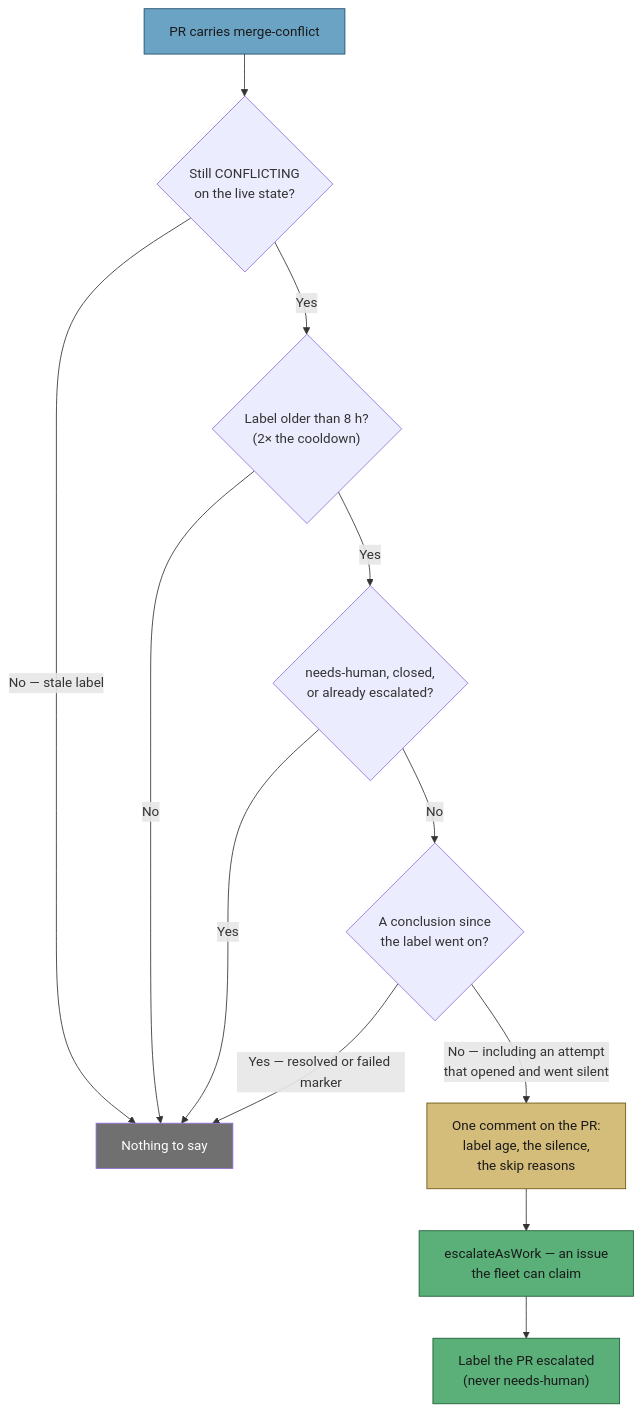
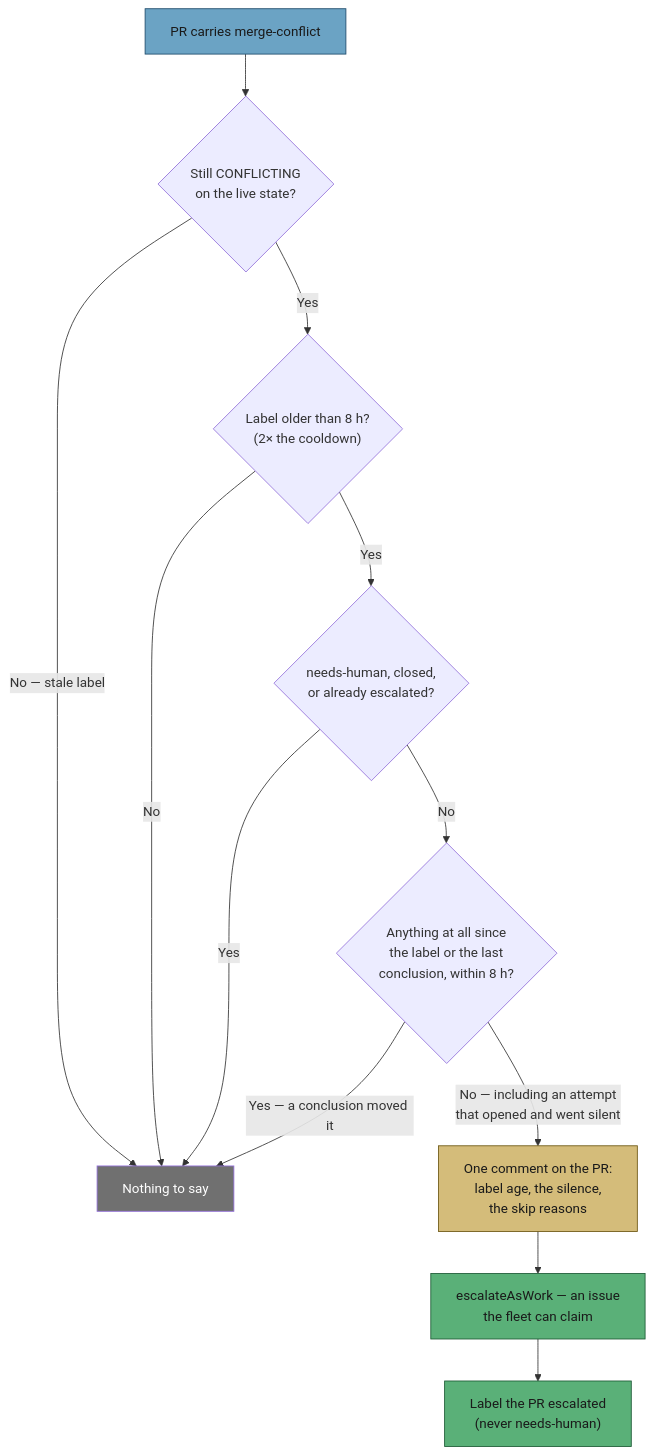
Before and after one commit to stSoftwareAU/VibeCoder: the second of 3 diagrams in docs/workflows/merge-conflicts.md, drawn with Mermaid. The commit also changed other lines of this file and 3 other files, not shown here.

First line of the commit message:
Restart the stall clock at the last conclusion, and never assume an uncomputed state (Issue #1112)

````diff
--- a/docs/workflows/merge-conflicts.md
+++ b/docs/workflows/merge-conflicts.md
@@ -209,19 +209,19 @@
 ```mermaid
 flowchart TD
     A[PR carries merge-conflict] --> S{"Still CONFLICTING<br/>on the live state?"}
     S -->|"No — stale label"| Q[Nothing to say]
     S -->|Yes| B{"Label older than 8 h?<br/>(2× the cooldown)"}
     B -->|No| Q
     B -->|Yes| C{"needs-human, closed,<br/>or already escalated?"}
     C -->|Yes| Q
-    C -->|No| D{"A conclusion since<br/>the label went on?"}
-    D -->|"Yes — resolved or failed marker"| Q
+    C -->|No| D{"Anything at all since<br/>the label or the last<br/>conclusion, within 8 h?"}
+    D -->|"Yes — a conclusion moved it"| Q
     D -->|"No — including an attempt<br/>that opened and went silent"| E["One comment on the PR:<br/>label age, the silence,<br/>the skip reasons"]
     E --> F["escalateAsWork — an issue<br/>the fleet can claim"]
     F --> G["Label the PR escalated<br/>(never needs-human)"]
     style A fill:#6ba3c4,stroke:#1d4a6a,color:#1a1a1a
     style E fill:#d4bc7a,stroke:#6b5510,color:#1a1a1a
     style F fill:#5ab078,stroke:#1d5a35,color:#1a1a1a
     style G fill:#5ab078,stroke:#1d5a35,color:#1a1a1a
     style Q fill:#707070,stroke:,color:#fff
 ```
````
